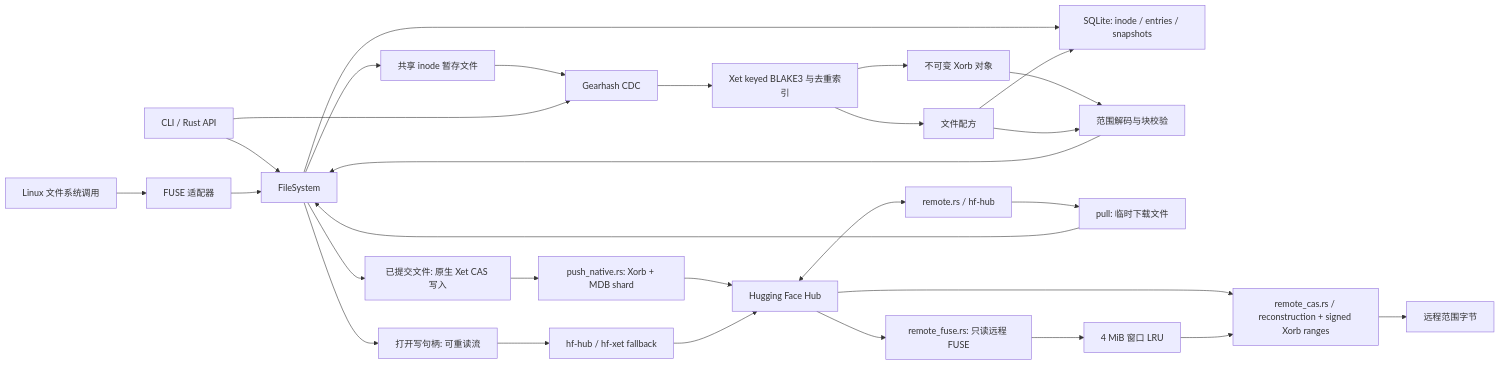
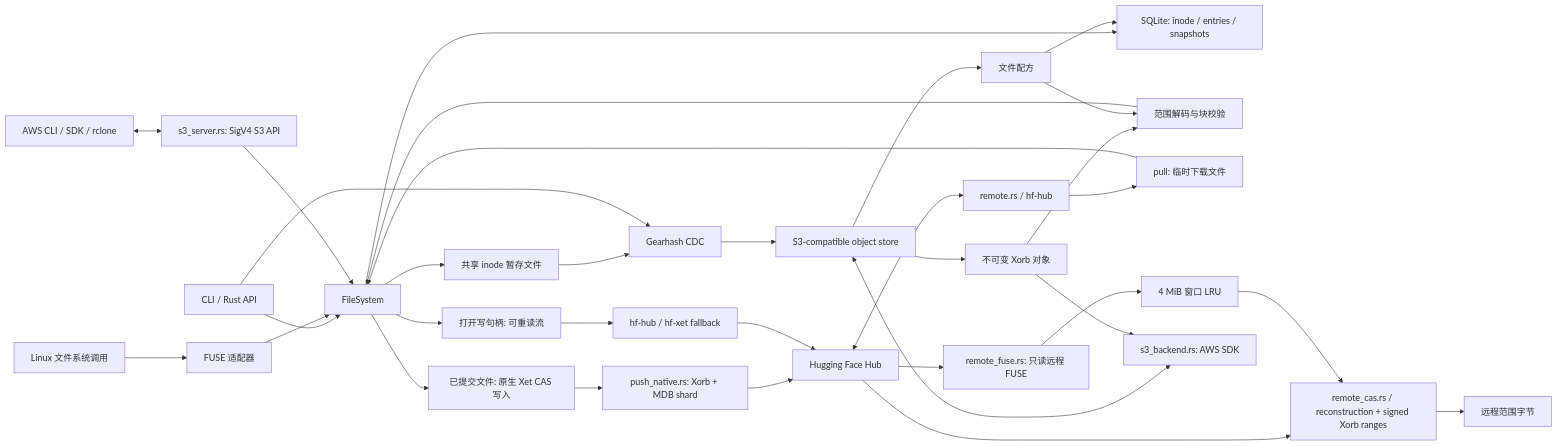
The diagram in ARCHITECTURE.md (trotsky1997/xetfs), drawn with Mermaid before and after one commit. The commit also changed other lines of this file and 15 other files, not shown here.

````diff
--- a/ARCHITECTURE.md
+++ b/ARCHITECTURE.md
@@ -7,31 +7,35 @@
 ```mermaid
 flowchart LR
   A[Linux 文件系统调用] --> B[FUSE 适配器]
   C[CLI / Rust API] --> D[FileSystem]
   B --> D
   D --> E[共享 inode 暂存文件]
   E --> F[Gearhash CDC]
   C --> F
   F --> G[Xet keyed BLAKE3 与去重索引]
   G --> H[不可变 Xorb 对象]
   G --> I[文件配方]
   D --> J[SQLite: inode / entries / snapshots]
   I --> J
   H --> K[范围解码与块校验]
   I --> K
   K --> D
   L[Hugging Face Hub] <--> M[remote.rs / hf-hub]
   M --> N[pull: 临时下载文件]
   N --> D
   D --> Q[已提交文件: 原生 Xet CAS 写入]
   Q --> R[push_native.rs: Xorb + MDB shard]
   R --> L
   D --> S[打开写句柄: 可重读流]
   S --> T[hf-hub / hf-xet fallback]
   T --> L
   L --> O[remote_cas.rs / reconstruction + signed Xorb ranges]
   O --> P[远程范围字节]
   L --> U[remote_fuse.rs: 只读远程 FUSE]
   U --> V[4 MiB 窗口 LRU]
   V --> O
+  W[AWS CLI / SDK / rclone] <--> X[s3_server.rs: SigV4 S3 API]
+  X --> D
+  G[S3-compatible object store] <--> Y[s3_backend.rs: AWS SDK]
+  H --> Y
 ```
````
